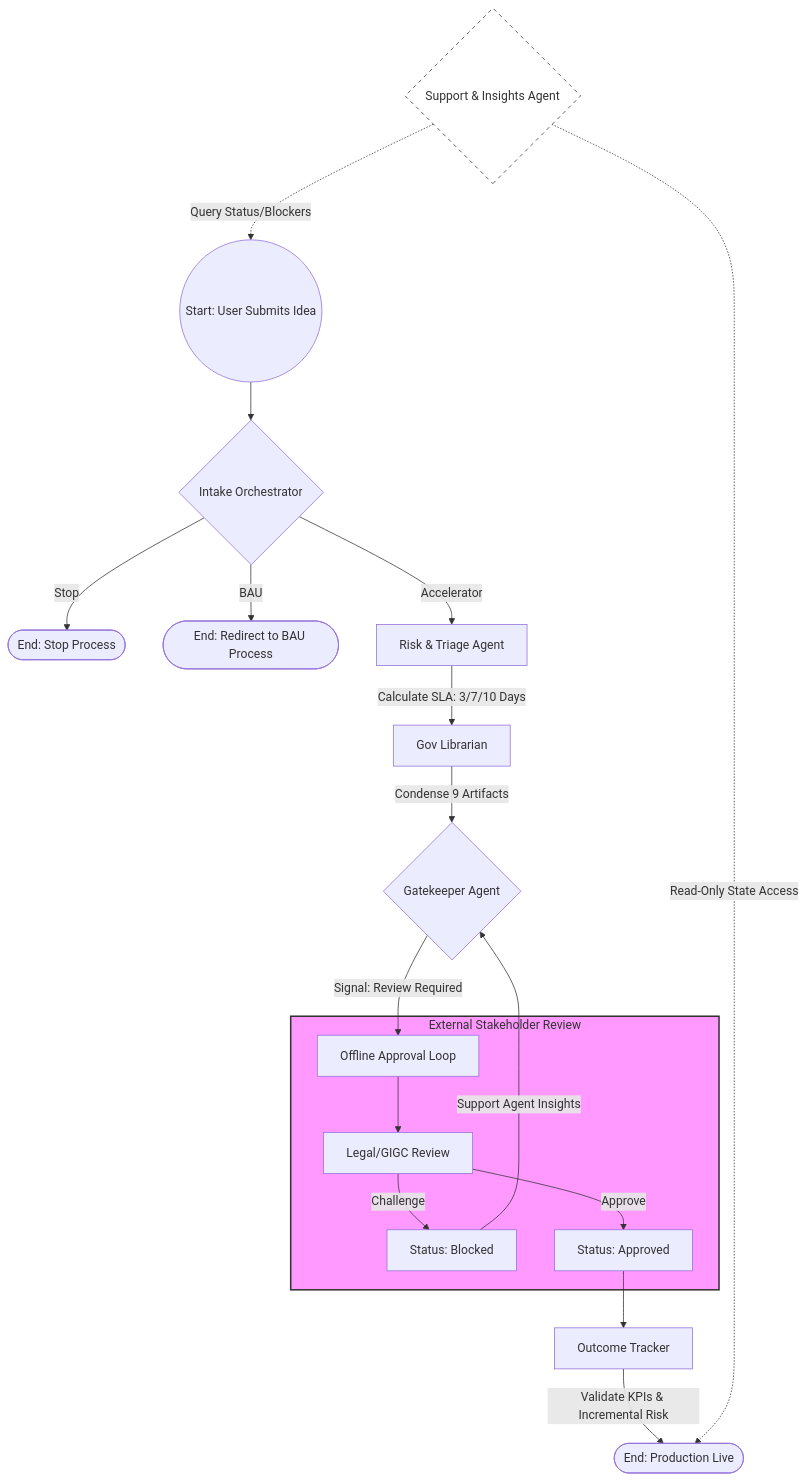
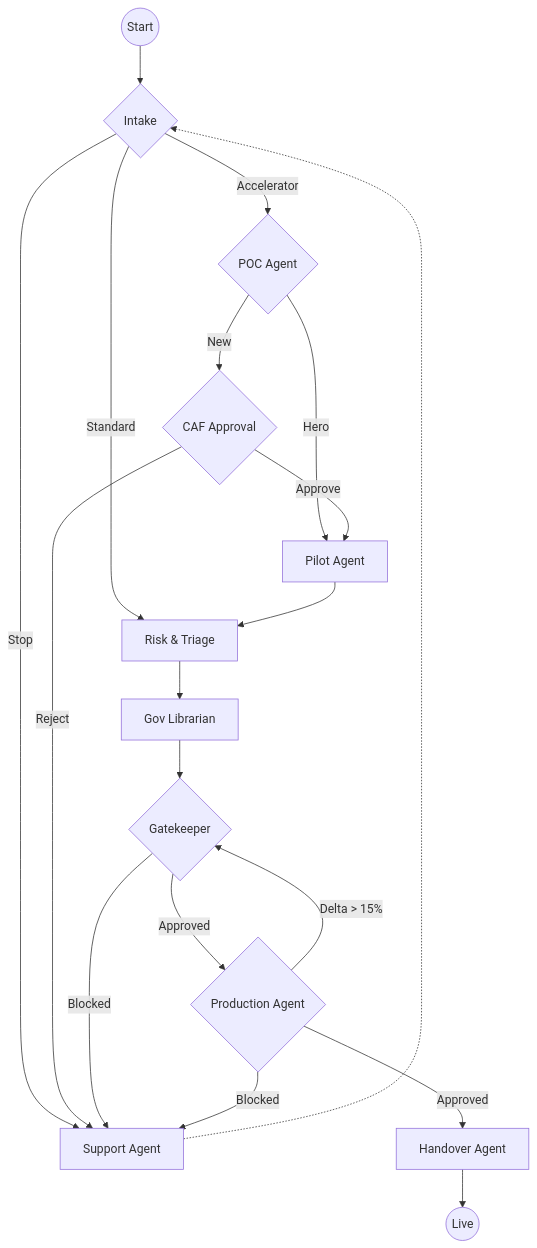
Before and after one commit to Ready2k/AIGU: the first of 2 diagrams in README.MD, drawn with Mermaid. The commit also changed other lines of this file and 1 other file, not shown here.

Commit message:
feat: add detailed user guide and update README to reflect the new 9-agent, multi-phase AIGU lifecycle.

````diff
--- a/README.MD
+++ b/README.MD
@@ -84,34 +93,27 @@
 ```mermaid
 graph TD
-    %% Start and Intake
-    Start((Start: User Submits Idea)) --> Intake{Intake Orchestrator}
+    Start((Start)) --> Intake{Intake}
     
-    Intake -- Stop --> EndStop([End: Stop Process])
-    Intake -- BAU --> EndBAU([End: Redirect to BAU Process])
-    Intake -- Accelerator --> Risk[Risk & Triage Agent]
-
-    %% Risk and Pilot
-    Risk --> |Calculate SLA: 3/7/10 Days| Lib[Gov Librarian]
-    Lib --> |Condense 9 Artifacts| Gate{Gatekeeper Agent}
-
-    %% The Offline Loop
-    Gate --> |Signal: Review Required| Offline[Offline Approval Loop]
-    subgraph Offline_Process [External Stakeholder Review]
-        Offline --> Legal[Legal/GIGC Review]
-        Legal -- Challenge --> Blocked[Status: Blocked]
-        Legal -- Approve --> Approved[Status: Approved]
-    end
-
-    Blocked --> |Support Agent Insights| Gate
-    Approved --> Outcome[Outcome Tracker]
-
-    %% Production
-    Outcome --> |Validate KPIs & Incremental Risk| Prod([End: Production Live])
-
-    %% Support Agent (Universal Overlay)
-    Support{Support & Insights Agent} -.-> |Query Status/Blockers| Start
-    Support -.-> |Read-Only State Access| Prod
+    Intake -- Stop --> Support[Support Agent]
+    Intake -- Accelerator --> POC{POC Agent}
+    Intake -- Standard --> Risk[Risk & Triage]
     
-    style Offline_Process fill:#f9f,stroke:#333,stroke-width:2px
-    style Support fill:#fff,stroke:#333,stroke-dasharray: 5 5
+    POC -- Hero --> Pilot[Pilot Agent]
+    POC -- New --> CAF{CAF Approval}
+    CAF -- Reject --> Support
+    CAF -- Approve --> Pilot
+    
+    Pilot --> Risk
+    Risk --> Lib[Gov Librarian]
+    Lib --> Gate{Gatekeeper}
+    
+    Gate -- Approved --> Prod{Production Agent}
+    Gate -- Blocked --> Support
+    
+    Prod -- Delta > 15% --> Gate
+    Prod -- Approved --> Handover[Handover Agent]
+    Prod -- Blocked --> Support
+    
+    Handover --> End((Live))
+    Support -.-> Intake
 ```
````
